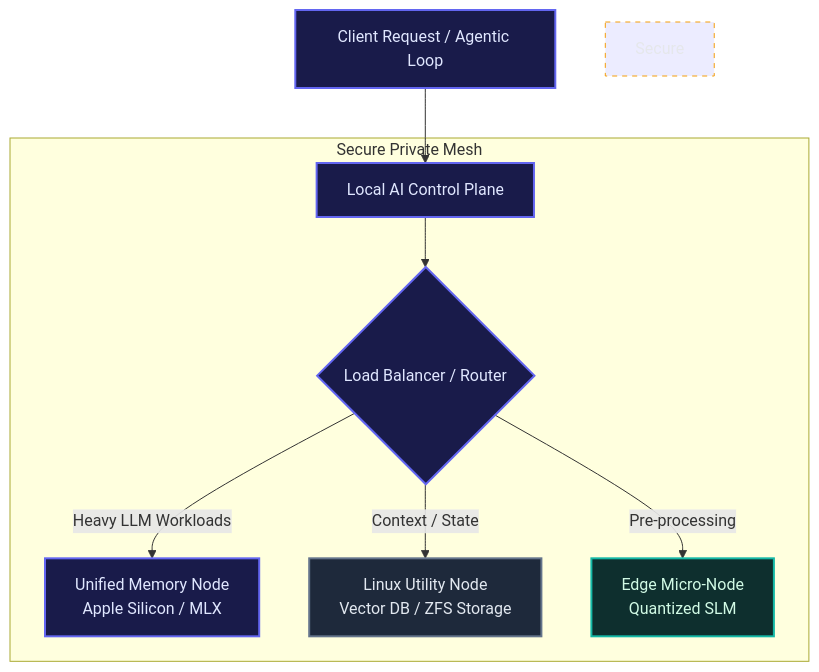
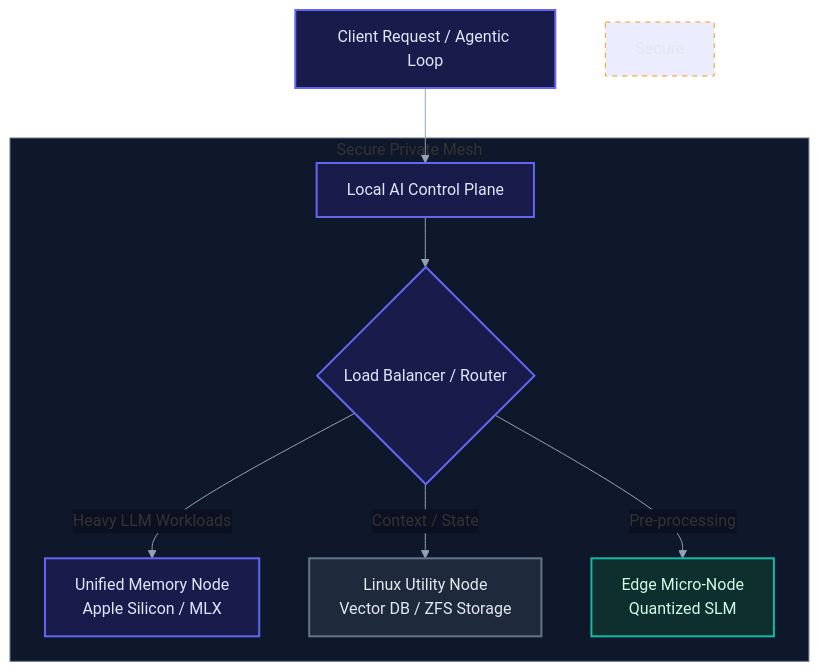
The diagram in src/diagrams/writing-local-first-ai-md-01.mmd (kieferwaight/kieferwaight.com), drawn with Mermaid before and after one commit. The commit also changed 3 other files, not shown here.

```diff
--- a/src/diagrams/writing-local-first-ai-md-01.mmd
+++ b/src/diagrams/writing-local-first-ai-md-01.mmd
@@ -1,17 +1,18 @@
+%%{init: {"themeVariables": {"edgeLabelBackground": "#0b1120", "lineColor": "#94a3b8", "clusterBkg": "#0f172a", "clusterBorder": "#64748B"}}}%%
 graph TD
     A[Client Request / Agentic Loop] --> B[Local AI Control Plane]
 
     subgraph Secure Private Mesh
         B --> C{Load Balancer / Router}
         C -->|Heavy LLM Workloads| D[Unified Memory Node<br/>Apple Silicon / MLX]
         C -->|Context / State| E[Linux Utility Node<br/>Vector DB / ZFS Storage]
         C -->|Pre-processing| F[Edge Micro-Node<br/>Quantized SLM]
     end
 
     classDef ai fill:#191b4a,stroke:#6366F1,color:#e0e7ff,stroke-width:2px
     classDef telemetry fill:#0e2f2e,stroke:#14B8A6,color:#d1fae5,stroke-width:2px
     classDef infra fill:#1e293b,stroke:#64748B,color:#e2e8f0,stroke-width:2px
     class A,B,C,D ai
     class E infra
     class F telemetry
     style Secure Private Mesh fill:#0f172a,stroke:#F59E0B,stroke-width:1px,stroke-dasharray: 5 5,color:#e5e7eb
```
